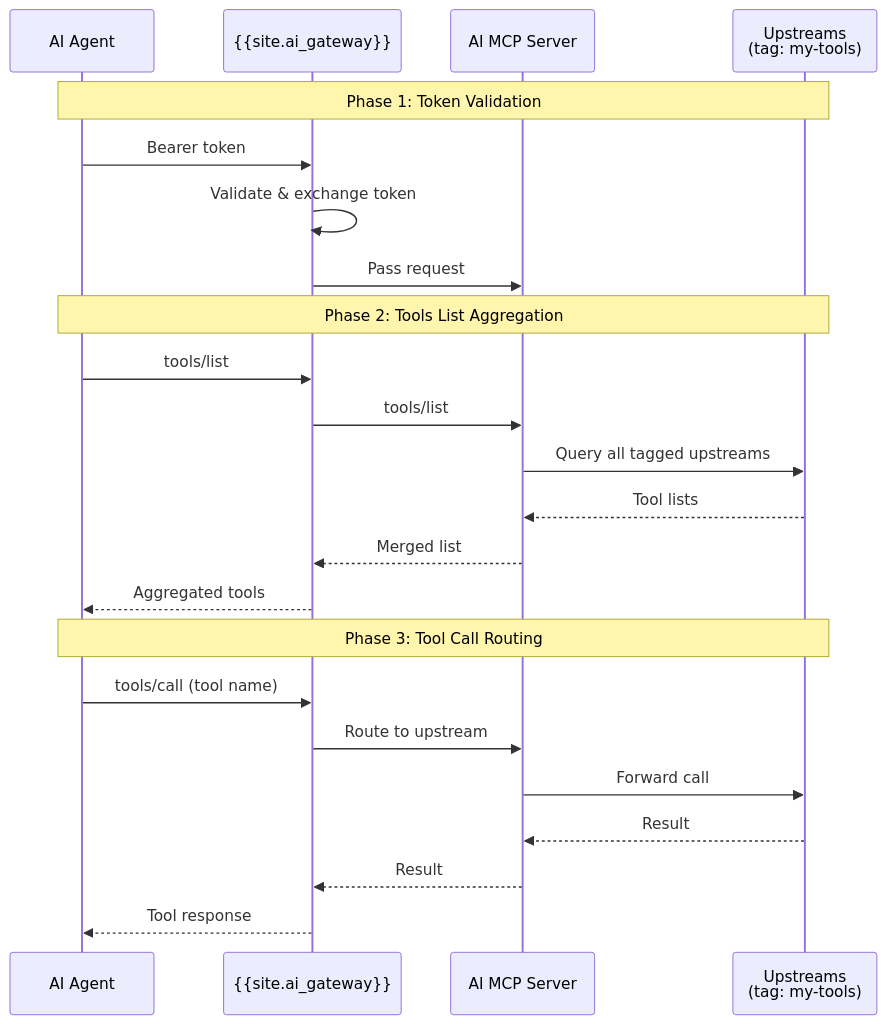
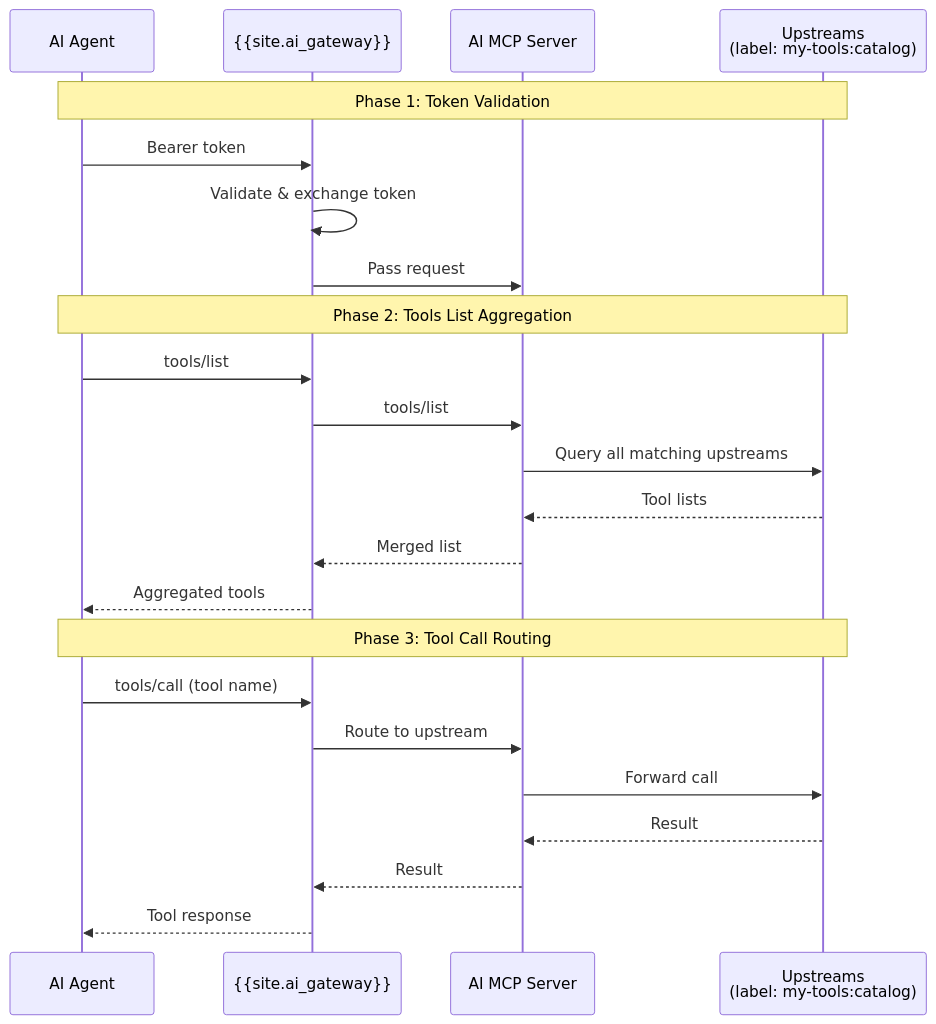
Before and after one commit to Kong/developer.konghq.com: the second of 3 diagrams in app/_ai_gateway_entities/ai-mcp-server.md, drawn with Mermaid. The commit also changed other lines of this file, not shown here.

```diff
--- a/app/_ai_gateway_entities/ai-mcp-server.md
+++ b/app/_ai_gateway_entities/ai-mcp-server.md
@@ -252,28 +257,28 @@
 {% mermaid %}
 sequenceDiagram
     participant Agent as AI Agent
     participant Kong as {{site.ai_gateway}}
     participant Listener as AI MCP Server
-    participant Upstreams as Upstreams<br/>(tag: my-tools)
+    participant Upstreams as Upstreams<br/>(label: my-tools:catalog)
 
     note over Agent,Upstreams: Phase 1: Token Validation
     Agent->>Kong: Bearer token
     Kong->>Kong: Validate & exchange token
     Kong->>Listener: Pass request
 
     note over Agent,Upstreams: Phase 2: Tools List Aggregation
     Agent->>Kong: tools/list
     Kong->>Listener: tools/list
-    Listener->>Upstreams: Query all tagged upstreams
+    Listener->>Upstreams: Query all matching upstreams
     Upstreams-->>Listener: Tool lists
     Listener-->>Kong: Merged list
     Kong-->>Agent: Aggregated tools
 
     note over Agent,Upstreams: Phase 3: Tool Call Routing
     Agent->>Kong: tools/call (tool name)
     Kong->>Listener: Route to upstream
     Listener->>Upstreams: Forward call
     Upstreams-->>Listener: Result
     Listener-->>Kong: Result
     Kong-->>Agent: Tool response
 {% endmermaid %}
```
